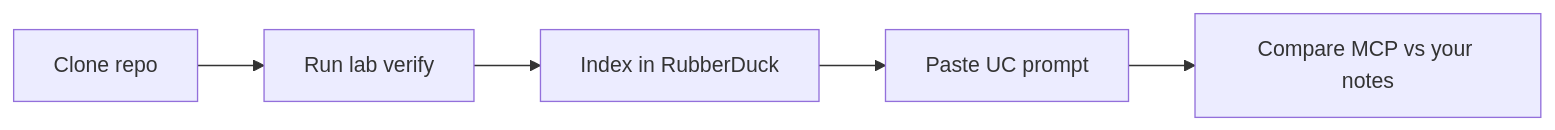
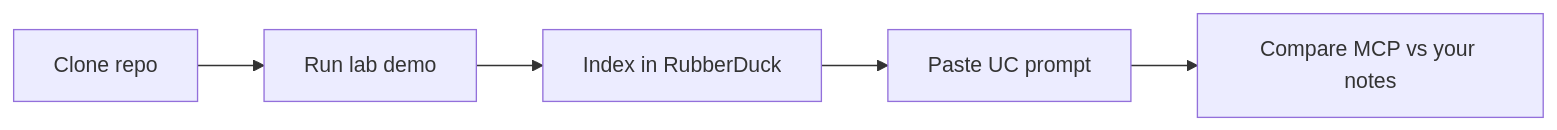
The diagram in GUIDE.md (RubberDuck-com/rubberduck-use-case-playground), drawn with Mermaid before and after one commit. The commit also changed other lines of this file and 30 other files, not shown here.

````diff
--- a/GUIDE.md
+++ b/GUIDE.md
@@ -32,7 +36,7 @@
 ```mermaid
 flowchart LR
-  A[Clone repo] --> B[Run lab verify]
+  A[Clone repo] --> B[Run lab demo]
   B --> C[Index in RubberDuck]
   C --> D[Paste UC prompt]
   D --> E[Compare MCP vs your notes]
 ```
````
